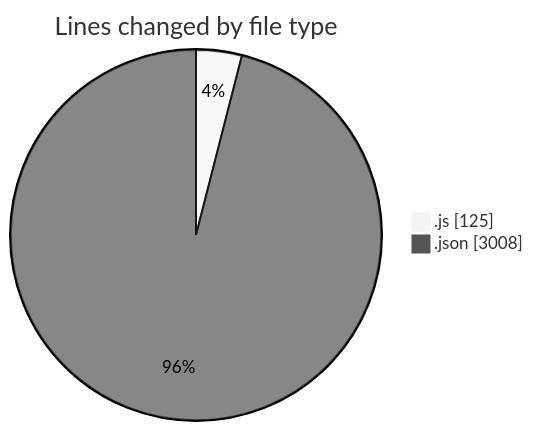
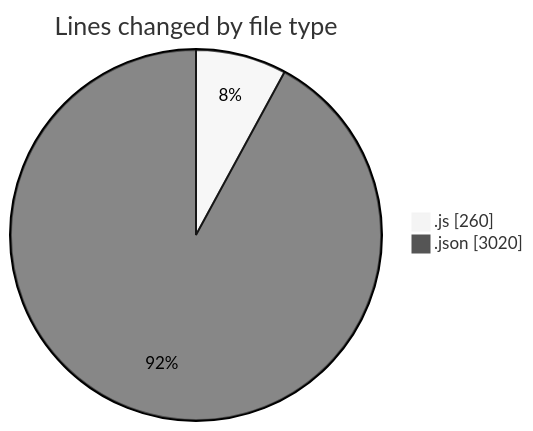
One commit to nxtqubesakshisongat/code-tracking changed the first of 2 diagrams in 2025-04-09/nxtqube_webapp/README.md. Above: the diagram before and after it, drawn with Mermaid (neutral theme). The commit also changed other lines of this file and 1 other file, not shown here.

````diff
--- a/2025-04-09/nxtqube_webapp/README.md
+++ b/2025-04-09/nxtqube_webapp/README.md
@@ -22,6 +23,6 @@
 ```mermaid
 pie showData
 title Lines changed by file type
-".js" : 125
-".json" : 3008
+".js" : 260
+".json" : 3020
 ```
````
